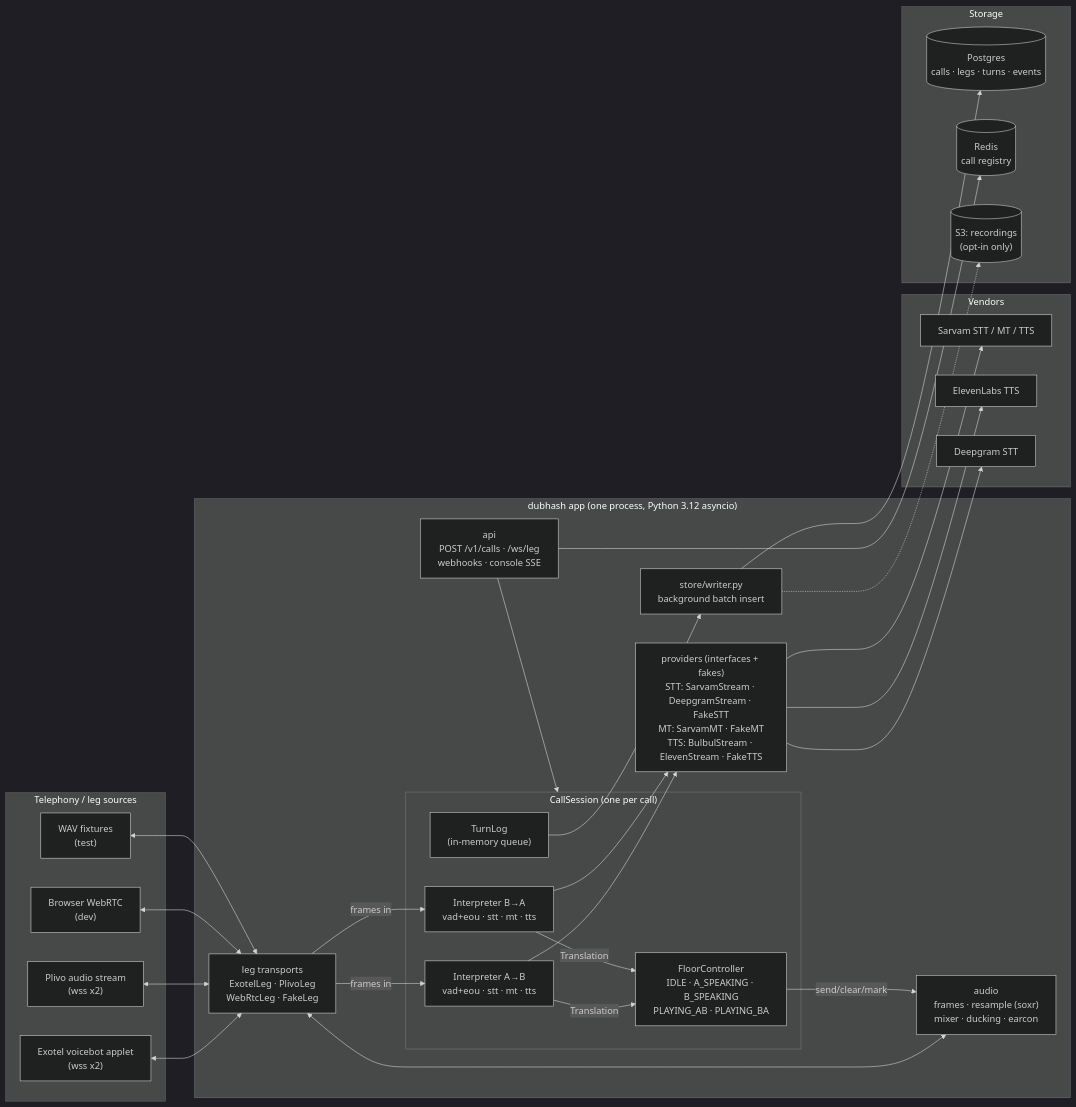
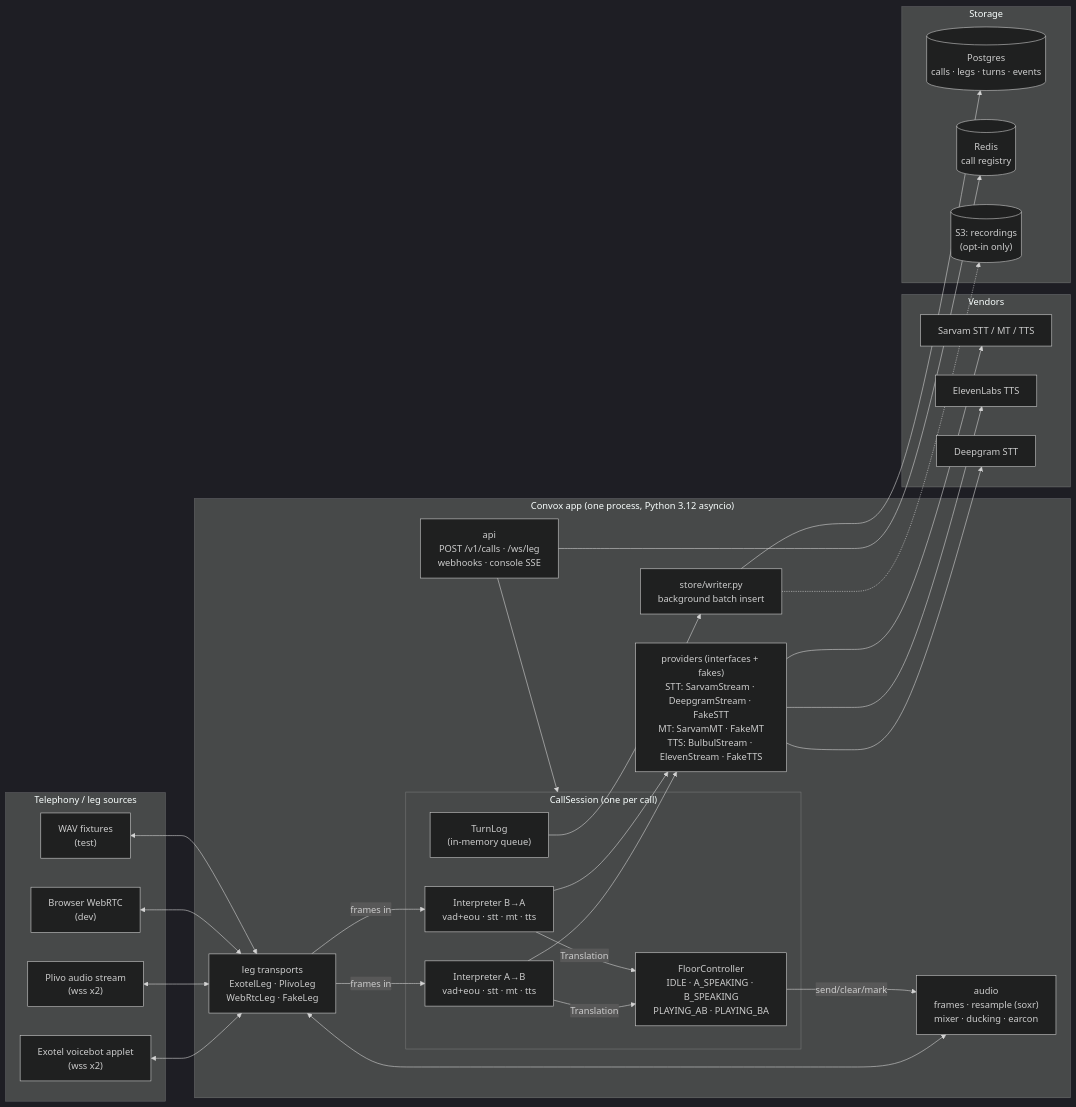
One commit to rohansx/convox changed the first of 6 diagrams in docs/architecture/system-overview.md. Above: the diagram before and after it, drawn with Mermaid (dark theme). The commit also changed other lines of this file and 401 other files, not shown here.

````diff
--- a/docs/architecture/system-overview.md
+++ b/docs/architecture/system-overview.md
@@ -11,47 +11,47 @@
 ```mermaid
 flowchart LR
   subgraph TEL[Telephony / leg sources]
     EX["Exotel voicebot applet<br/>(wss x2)"]
     PL["Plivo audio stream<br/>(wss x2)"]
     WR["Browser WebRTC<br/>(dev)"]
     WAV["WAV fixtures<br/>(test)"]
   end
 
-  subgraph APP["dubhash app (one process, Python 3.12 asyncio)"]
+  subgraph APP["Convox app (one process, Python 3.12 asyncio)"]
     API["api<br/>POST /v1/calls · /ws/leg<br/>webhooks · console SSE"]
     LEGS["leg transports<br/>ExotelLeg · PlivoLeg<br/>WebRtcLeg · FakeLeg"]
     AUD["audio<br/>frames · resample (soxr)<br/>mixer · ducking · earcon"]
     subgraph CS["CallSession (one per call)"]
       FC["FloorController<br/>IDLE · A_SPEAKING · B_SPEAKING<br/>PLAYING_AB · PLAYING_BA"]
       IAB["Interpreter A→B<br/>vad+eou · stt · mt · tts"]
       IBA["Interpreter B→A<br/>vad+eou · stt · mt · tts"]
       TL["TurnLog<br/>(in-memory queue)"]
     end
     PROV["providers (interfaces + fakes)<br/>STT: SarvamStream · DeepgramStream · FakeSTT<br/>MT: SarvamMT · FakeMT<br/>TTS: BulbulStream · ElevenStream · FakeTTS"]
     WRITER["store/writer.py<br/>background batch insert"]
   end
 
   subgraph VEN[Vendors]
     SV["Sarvam STT / MT / TTS"]
     EL["ElevenLabs TTS"]
     DG["Deepgram STT"]
   end
 
   subgraph STO[Storage]
     PG[("Postgres<br/>calls · legs · turns · events")]
     RD[("Redis<br/>call registry")]
     S3[("S3: recordings<br/>(opt-in only)")]
   end
 
   EX & PL & WR & WAV <--> LEGS
   API --> CS
   LEGS <--> AUD
   LEGS -- frames in --> IAB & IBA
   IAB & IBA -- Translation --> FC
   FC -- send/clear/mark --> AUD
   IAB & IBA --> PROV
   PROV --> SV & EL & DG
   TL --> WRITER --> PG
   API --> RD
   WRITER -.-> S3
 ```
````
